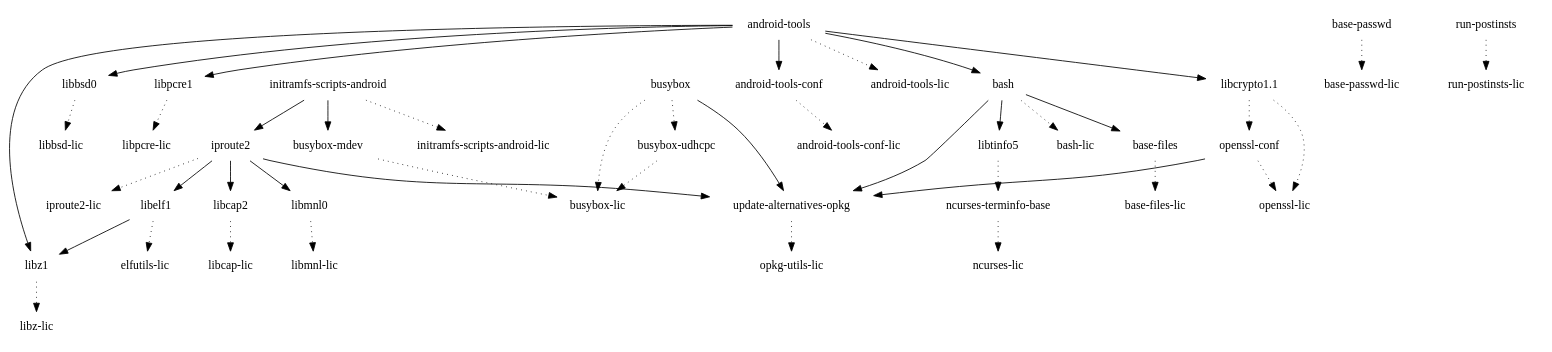
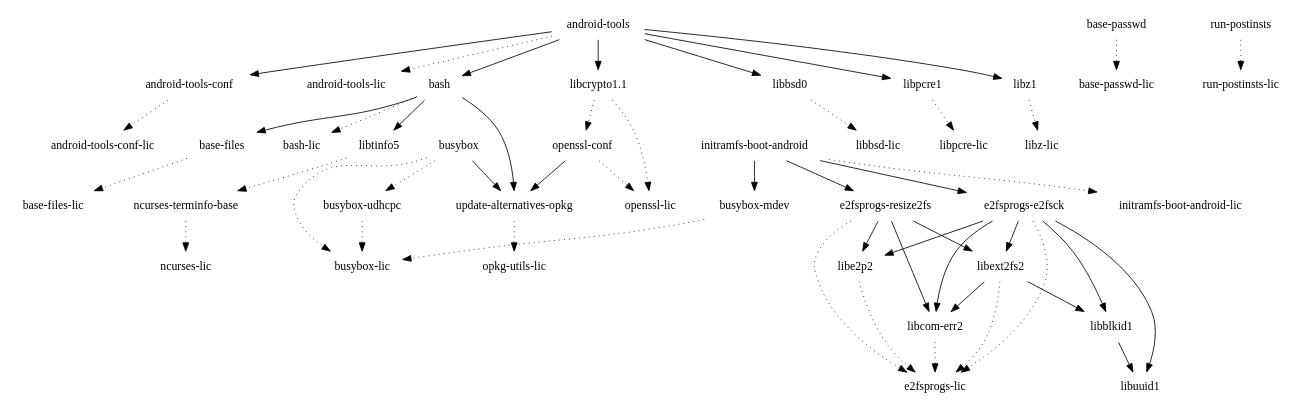
Before and after one commit to webOS-ports/buildhistory: the diagram in images/hammerhead/glibc/initramfs-android-image/depends-nokernel-nolibc.dot, drawn with Graphviz. The commit also changed 5127 other files, not shown here.

```diff
--- a/images/hammerhead/glibc/initramfs-android-image/depends-nokernel-nolibc.dot
+++ b/images/hammerhead/glibc/initramfs-android-image/depends-nokernel-nolibc.dot
@@ -1,45 +1,53 @@
 digraph depends {
     node [shape=plaintext]
 "android-tools" -> "android-tools-conf"
 "android-tools" -> "android-tools-lic" [style=dotted]
 "android-tools" -> "bash"
 "android-tools-conf" -> "android-tools-conf-lic" [style=dotted]
 "android-tools" -> "libbsd0"
 "android-tools" -> "libcrypto1.1"
 "android-tools" -> "libpcre1"
 "android-tools" -> "libz1"
 "base-files" -> "base-files-lic" [style=dotted]
 "base-passwd" -> "base-passwd-lic" [style=dotted]
 "bash" -> "base-files"
 "bash" -> "bash-lic" [style=dotted]
 "bash" -> "libtinfo5"
 "bash" -> "update-alternatives-opkg"
 "busybox" -> "busybox-lic" [style=dotted]
 "busybox" -> "busybox-udhcpc" [style=dotted]
 "busybox-mdev" -> "busybox-lic" [style=dotted]
 "busybox-udhcpc" -> "busybox-lic" [style=dotted]
 "busybox" -> "update-alternatives-opkg"
-"initramfs-scripts-android" -> "busybox-mdev"
-"initramfs-scripts-android" -> "initramfs-scripts-android-lic" [style=dotted]
-"initramfs-scripts-android" -> "iproute2"
-"iproute2" -> "iproute2-lic" [style=dotted]
-"iproute2" -> "libcap2"
-"iproute2" -> "libelf1"
-"iproute2" -> "libmnl0"
-"iproute2" -> "update-alternatives-opkg"
+"e2fsprogs-e2fsck" -> "e2fsprogs-lic" [style=dotted]
+"e2fsprogs-e2fsck" -> "libblkid1"
+"e2fsprogs-e2fsck" -> "libcom-err2"
+"e2fsprogs-e2fsck" -> "libe2p2"
+"e2fsprogs-e2fsck" -> "libext2fs2"
+"e2fsprogs-e2fsck" -> "libuuid1"
+"e2fsprogs-resize2fs" -> "e2fsprogs-lic" [style=dotted]
+"e2fsprogs-resize2fs" -> "libcom-err2"
+"e2fsprogs-resize2fs" -> "libe2p2"
+"e2fsprogs-resize2fs" -> "libext2fs2"
+"initramfs-boot-android" -> "busybox-mdev"
+"initramfs-boot-android" -> "e2fsprogs-e2fsck"
+"initramfs-boot-android" -> "e2fsprogs-resize2fs"
+"initramfs-boot-android" -> "initramfs-boot-android-lic" [style=dotted]
+"libblkid1" -> "libuuid1"
 "libbsd0" -> "libbsd-lic" [style=dotted]
-"libcap2" -> "libcap-lic" [style=dotted]
+"libcom-err2" -> "e2fsprogs-lic" [style=dotted]
 "libcrypto1.1" -> "openssl-conf" [style=dotted]
 "libcrypto1.1" -> "openssl-lic" [style=dotted]
-"libelf1" -> "elfutils-lic" [style=dotted]
-"libelf1" -> "libz1"
-"libmnl0" -> "libmnl-lic" [style=dotted]
+"libe2p2" -> "e2fsprogs-lic" [style=dotted]
+"libext2fs2" -> "e2fsprogs-lic" [style=dotted]
+"libext2fs2" -> "libblkid1"
+"libext2fs2" -> "libcom-err2"
 "libpcre1" -> "libpcre-lic" [style=dotted]
 "libtinfo5" -> "ncurses-terminfo-base" [style=dotted]
 "libz1" -> "libz-lic" [style=dotted]
 "ncurses-terminfo-base" -> "ncurses-lic" [style=dotted]
 "openssl-conf" -> "openssl-lic" [style=dotted]
 "openssl-conf" -> "update-alternatives-opkg"
 "run-postinsts" -> "run-postinsts-lic" [style=dotted]
 "update-alternatives-opkg" -> "opkg-utils-lic" [style=dotted]
 }
```
